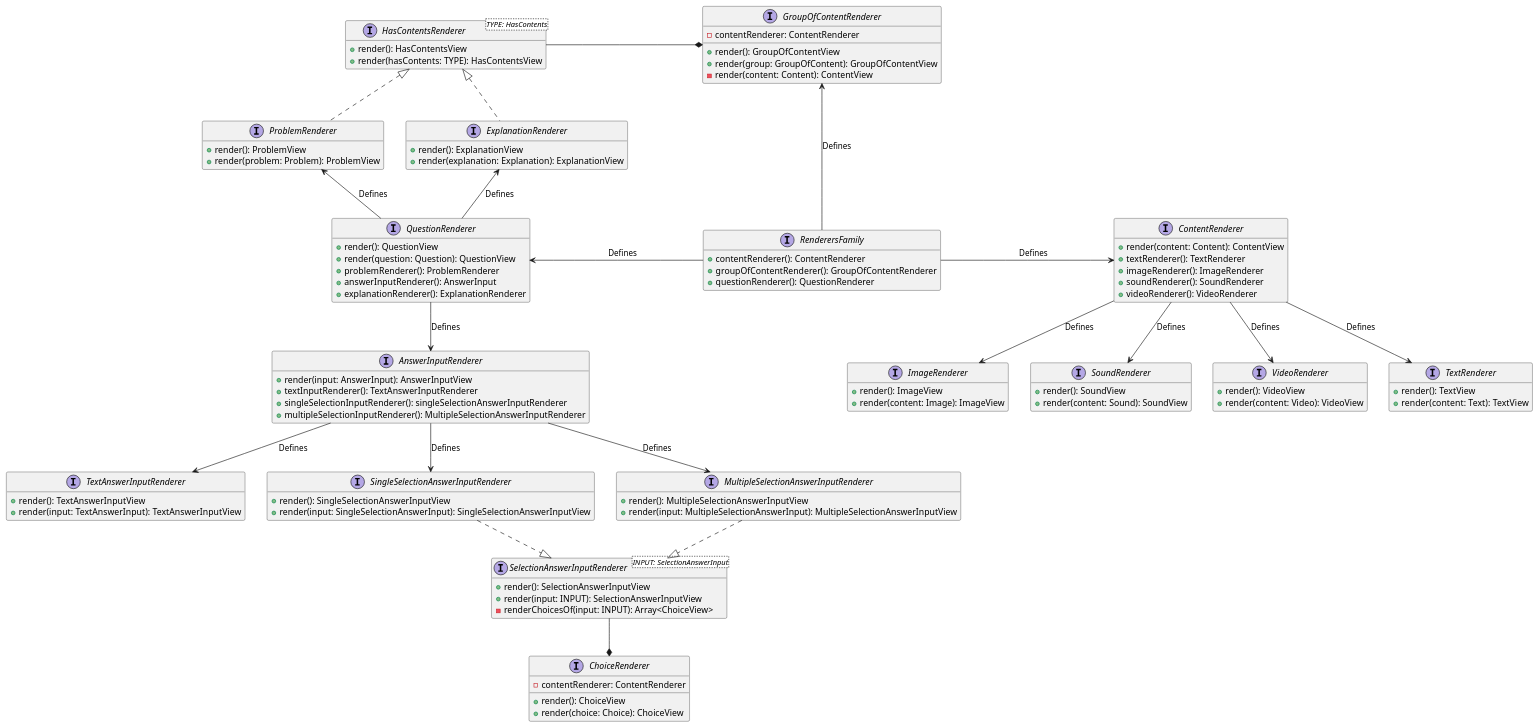
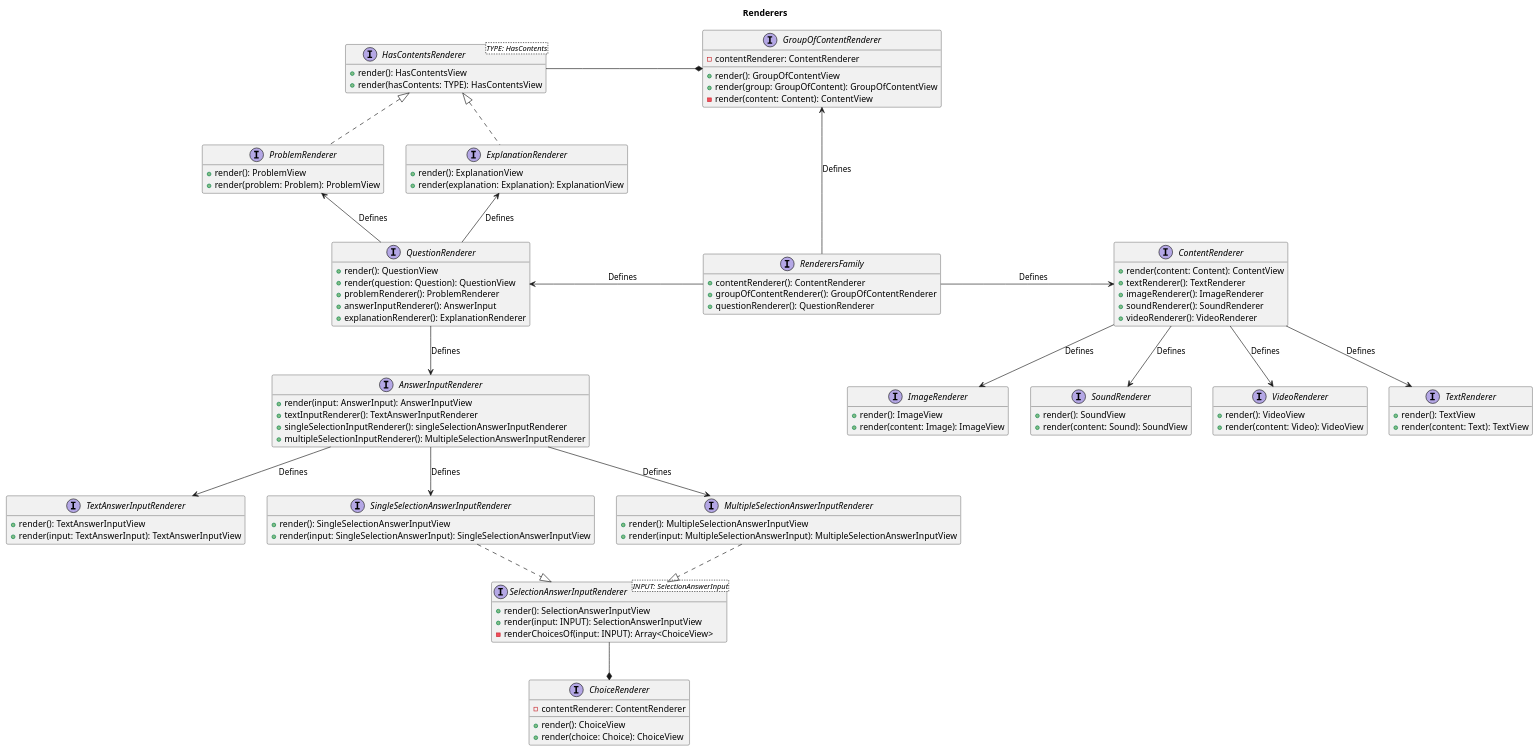
Before and after one commit to sergio2297/questionnaire-player: the diagram in doc/Renderers.puml, drawn with PlantUML. The commit also changed 3 other files, not shown here.

Commit message:
doc: more diagrams to clarify how Renderer's abstract factory works

```diff
--- a/doc/Renderers.puml
+++ b/doc/Renderers.puml
@@ -1,138 +1,140 @@
 @startuml
 
 hide empty members
+
+title Renderers
 
 interface RenderersFamily {
     + contentRenderer(): ContentRenderer
     + groupOfContentRenderer(): GroupOfContentRenderer
     + questionRenderer(): QuestionRenderer
 }
 
 RenderersFamily -> ContentRenderer : "\t\t\t\tDefines\t\t\t\t"
 GroupOfContentRenderer <--- RenderersFamily : "Defines"
 QuestionRenderer <- RenderersFamily : "\t\t\t\tDefines\t\t\t\t"
 
 /' *************************************
             CONTENT RENDERERS
 *************************************** '/
 
 interface ContentRenderer {
     + render(content: Content): ContentView
     + textRenderer(): TextRenderer
     + imageRenderer(): ImageRenderer
     + soundRenderer(): SoundRenderer
     + videoRenderer(): VideoRenderer
 }
 
 interface TextRenderer {
     + render(): TextView
     + render(content: Text): TextView
 }
 interface ImageRenderer {
     + render(): ImageView
     + render(content: Image): ImageView
 }
 interface SoundRenderer {
     + render(): SoundView
     + render(content: Sound): SoundView
 }
 interface VideoRenderer {
     + render(): VideoView
     + render(content: Video): VideoView
 }
 
 ContentRenderer --> TextRenderer : "Defines"
 ContentRenderer --> ImageRenderer : "Defines"
 ContentRenderer --> SoundRenderer : "Defines"
 ContentRenderer --> VideoRenderer : "Defines"
 
 /' *************************************
             GROUP OF CONTENT
 *************************************** '/
 
 interface GroupOfContentRenderer {
     - contentRenderer: ContentRenderer
     + render(): GroupOfContentView
     + render(group: GroupOfContent): GroupOfContentView
     - render(content: Content): ContentView
 }
 
 interface HasContentsRenderer<TYPE: HasContents> {
     + render(): HasContentsView
     + render(hasContents: TYPE): HasContentsView
 }
 
 HasContentsRenderer -* GroupOfContentRenderer : "\t\t\t\t\t\t\t\t"
 
 /' *************************************
             QUESTION RENDERERS
 *************************************** '/
 
 interface QuestionRenderer {
     + render(): QuestionView
     + render(question: Question): QuestionView
     + problemRenderer(): ProblemRenderer
     + answerInputRenderer(): AnswerInput
     + explanationRenderer(): ExplanationRenderer
 }
 
 interface ProblemRenderer {
     + render(): ProblemView
     + render(problem: Problem): ProblemView
 }
 
 interface AnswerInputRenderer {
     + render(input: AnswerInput): AnswerInputView
     + textInputRenderer(): TextAnswerInputRenderer
     + singleSelectionInputRenderer(): singleSelectionAnswerInputRenderer
     + multipleSelectionInputRenderer(): MultipleSelectionAnswerInputRenderer
 }
 
 interface ExplanationRenderer {
     + render(): ExplanationView
     + render(explanation: Explanation): ExplanationView
 }
 
 HasContentsRenderer <|.. ProblemRenderer
 HasContentsRenderer <|.. ExplanationRenderer
 ProblemRenderer <-- QuestionRenderer : "Defines"
 QuestionRenderer --> AnswerInputRenderer : "Defines"
 ExplanationRenderer <-- QuestionRenderer : "Defines"
 
 interface TextAnswerInputRenderer {
     + render(): TextAnswerInputView
     + render(input: TextAnswerInput): TextAnswerInputView
 }
 
 interface SingleSelectionAnswerInputRenderer {
     + render(): SingleSelectionAnswerInputView
     + render(input: SingleSelectionAnswerInput): SingleSelectionAnswerInputView
 }
 
 interface MultipleSelectionAnswerInputRenderer {
     + render(): MultipleSelectionAnswerInputView
     + render(input: MultipleSelectionAnswerInput): MultipleSelectionAnswerInputView
 }
 
 AnswerInputRenderer --> TextAnswerInputRenderer : "Defines"
 AnswerInputRenderer --> SingleSelectionAnswerInputRenderer : "Defines"
 AnswerInputRenderer --> MultipleSelectionAnswerInputRenderer : "Defines"
 
 interface SelectionAnswerInputRenderer<INPUT: SelectionAnswerInput> {
     + render(): SelectionAnswerInputView
     + render(input: INPUT): SelectionAnswerInputView
     - renderChoicesOf(input: INPUT): Array<ChoiceView>
 }
 
 SingleSelectionAnswerInputRenderer ..|> SelectionAnswerInputRenderer
 MultipleSelectionAnswerInputRenderer ..|> SelectionAnswerInputRenderer
 
 interface ChoiceRenderer {
     - contentRenderer: ContentRenderer
     + render(): ChoiceView
     + render(choice: Choice): ChoiceView
 }
 
 SelectionAnswerInputRenderer --* ChoiceRenderer
 
 @enduml
```
